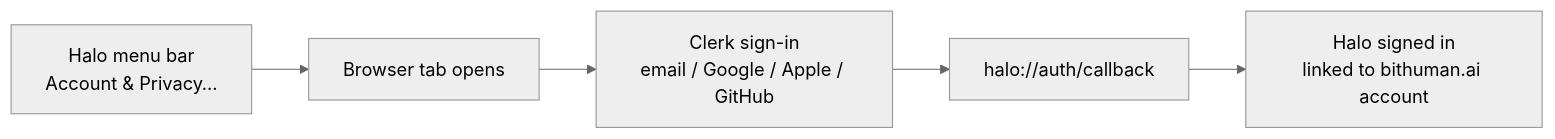
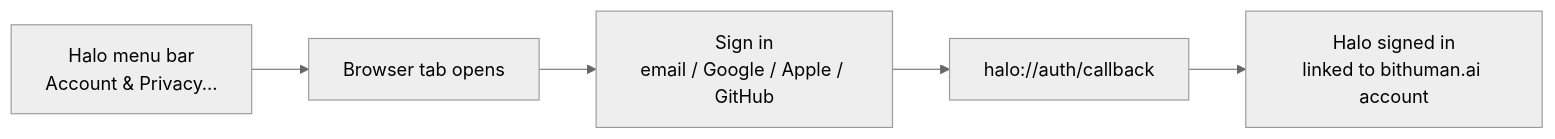
One commit to bithuman-product/bithuman-examples changed the second of 2 diagrams in bithuman-docs/examples/halo-macos.mdx. Above: the diagram before and after it, drawn with Mermaid (neutral theme). The commit also changed other lines of this file and 12 other files, not shown here.

````diff
--- a/bithuman-docs/examples/halo-macos.mdx
+++ b/bithuman-docs/examples/halo-macos.mdx
@@ -127,7 +127,7 @@
 ```mermaid
 flowchart LR
     A[Halo menu bar<br/>Account & Privacy…] --> B[Browser tab opens]
-    B --> C[Clerk sign-in<br/>email / Google / Apple / GitHub]
+    B --> C[Sign in<br/>email / Google / Apple / GitHub]
     C --> D[halo://auth/callback]
     D --> E[Halo signed in<br/>linked to bithuman.ai account]
 ```
````
